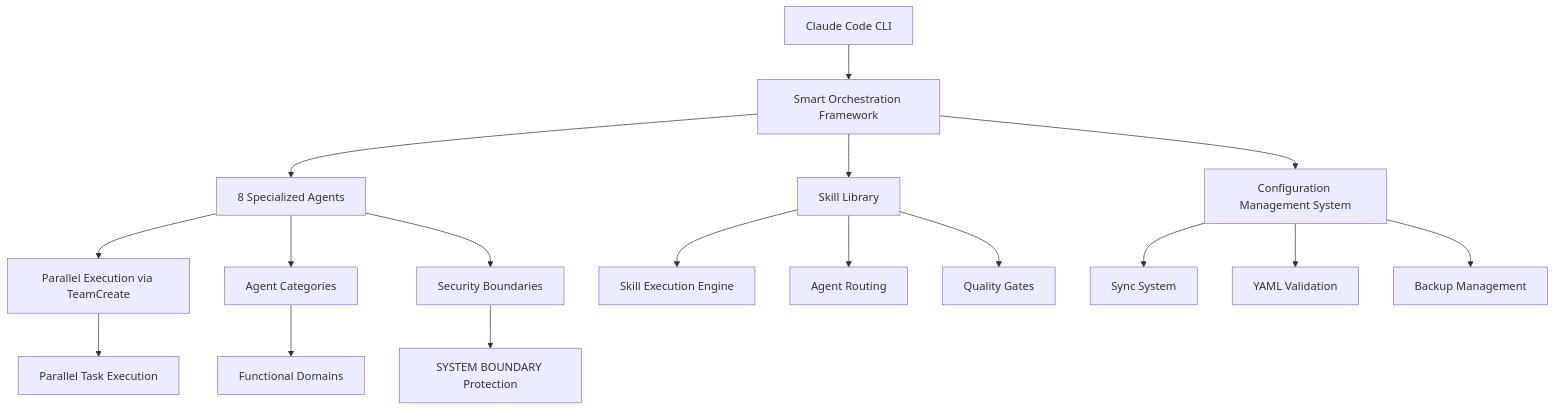
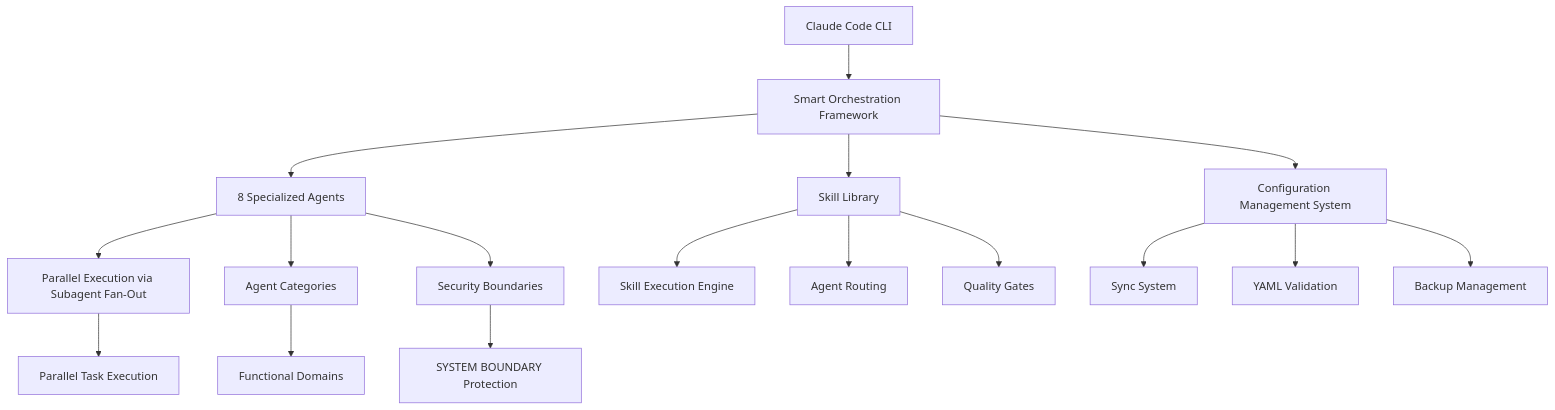
One commit to damilola-elegbede-org/claude-config changed the first of 4 diagrams in docs/ARCHITECTURE.md. Above: the diagram before and after it, drawn with Mermaid. The commit also changed 33 other files, not shown here.

````diff
--- a/docs/ARCHITECTURE.md
+++ b/docs/ARCHITECTURE.md
@@ -11,23 +11,23 @@
 ```mermaid
 graph TB
     A[Claude Code CLI] --> B[Smart Orchestration Framework]
     B --> C[8 Specialized Agents]
     B --> D[Skill Library]
     B --> E[Configuration Management System]
 
-    C --> F[Parallel Execution via TeamCreate]
+    C --> F[Parallel Execution via Subagent Fan-Out]
     C --> G[Agent Categories]
     C --> H[Security Boundaries]
 
     D --> I[Skill Execution Engine]
     D --> J[Agent Routing]
     D --> K[Quality Gates]
 
     E --> L[Sync System]
     E --> M[YAML Validation]
     E --> N[Backup Management]
 
     F --> O[Parallel Task Execution]
     G --> P[Functional Domains]
     H --> Q[SYSTEM BOUNDARY Protection]
 ```
````
